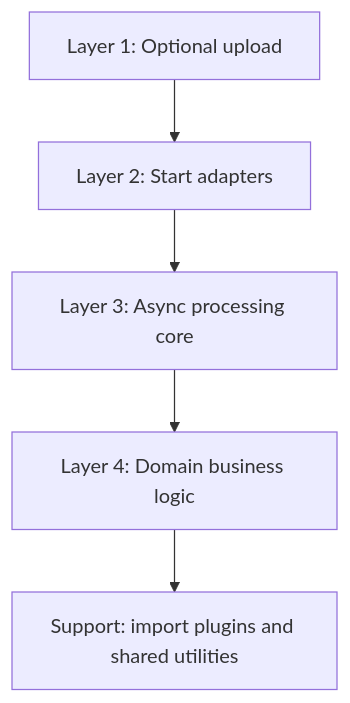
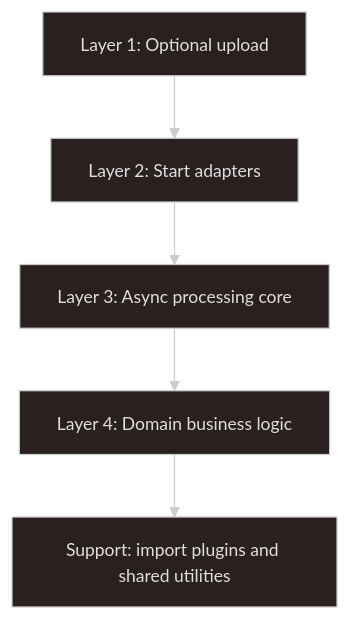
Before and after one commit to kyung-lee-official/turborepo-sandbox: the first of 2 diagrams in docs/how-to-build-a-async-processing-system/README.md, drawn with Mermaid. The commit also changed other lines of this file and 2 other files, not shown here.

Commit message:
docs: enhance documentation for domain business layer with implementation patterns and context schema examples

````diff
--- a/docs/how-to-build-a-async-processing-system/README.md
+++ b/docs/how-to-build-a-async-processing-system/README.md
@@ -11,13 +13,17 @@
 ```mermaid
+---
+config:
+  theme: neo-dark
+---
 flowchart TD
   upload["Layer 1: Optional upload"]
   adapter["Layer 2: Start adapters"]
   core["Layer 3: Async processing core"]
   domain["Layer 4: Domain business logic"]
   plugins["Support: import plugins and shared utilities"]
 
   upload --> adapter
   adapter --> core
   core --> domain
   domain --> plugins
 ```
````
